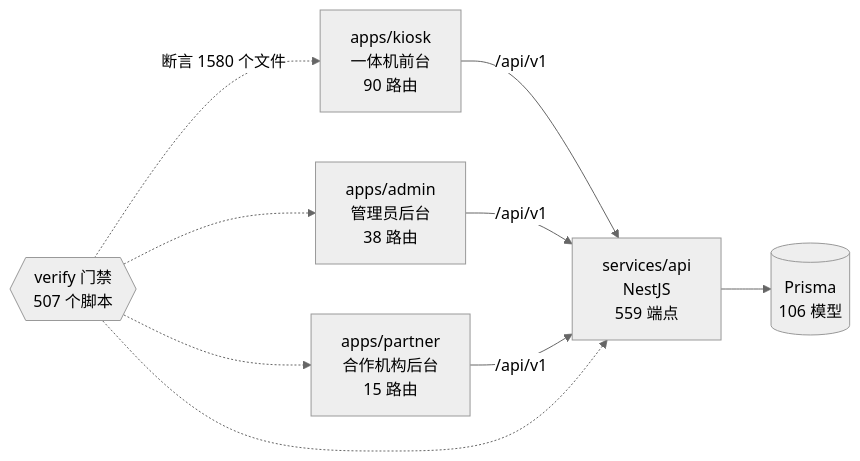
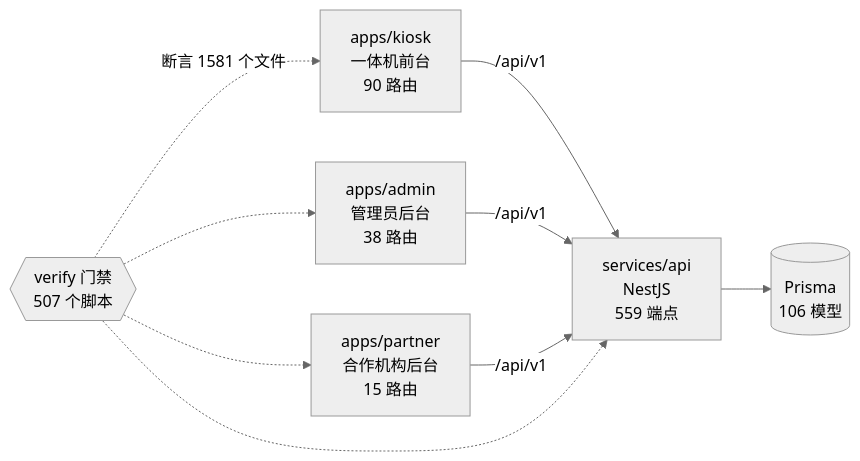
Before and after one commit to wanglei581/YITIJI: the diagram in docs/graph/README.md, drawn with Mermaid (neutral theme). The commit also changed other lines of this file and 5 other files, not shown here.

Commit message:
docs(progress): miniapp compliance and cross-end work; README refreshed; graph regenerated

````diff
--- a/docs/graph/README.md
+++ b/docs/graph/README.md
@@ -68,18 +68,18 @@
 ```mermaid
 flowchart LR
   kiosk["apps/kiosk<br/>一体机前台<br/>90 路由"]
   admin["apps/admin<br/>管理员后台<br/>38 路由"]
   partner["apps/partner<br/>合作机构后台<br/>15 路由"]
   api["services/api<br/>NestJS<br/>559 端点"]
   db[("Prisma<br/>106 模型")]
   gates{{"verify 门禁<br/>507 个脚本"}}
 
   kiosk -->|"/api/v1"| api
   admin -->|"/api/v1"| api
   partner -->|"/api/v1"| api
   api --> db
-  gates -.->|"断言 1580 个文件"| kiosk
+  gates -.->|"断言 1581 个文件"| kiosk
   gates -.-> admin
   gates -.-> partner
   gates -.-> api
 ```
````
